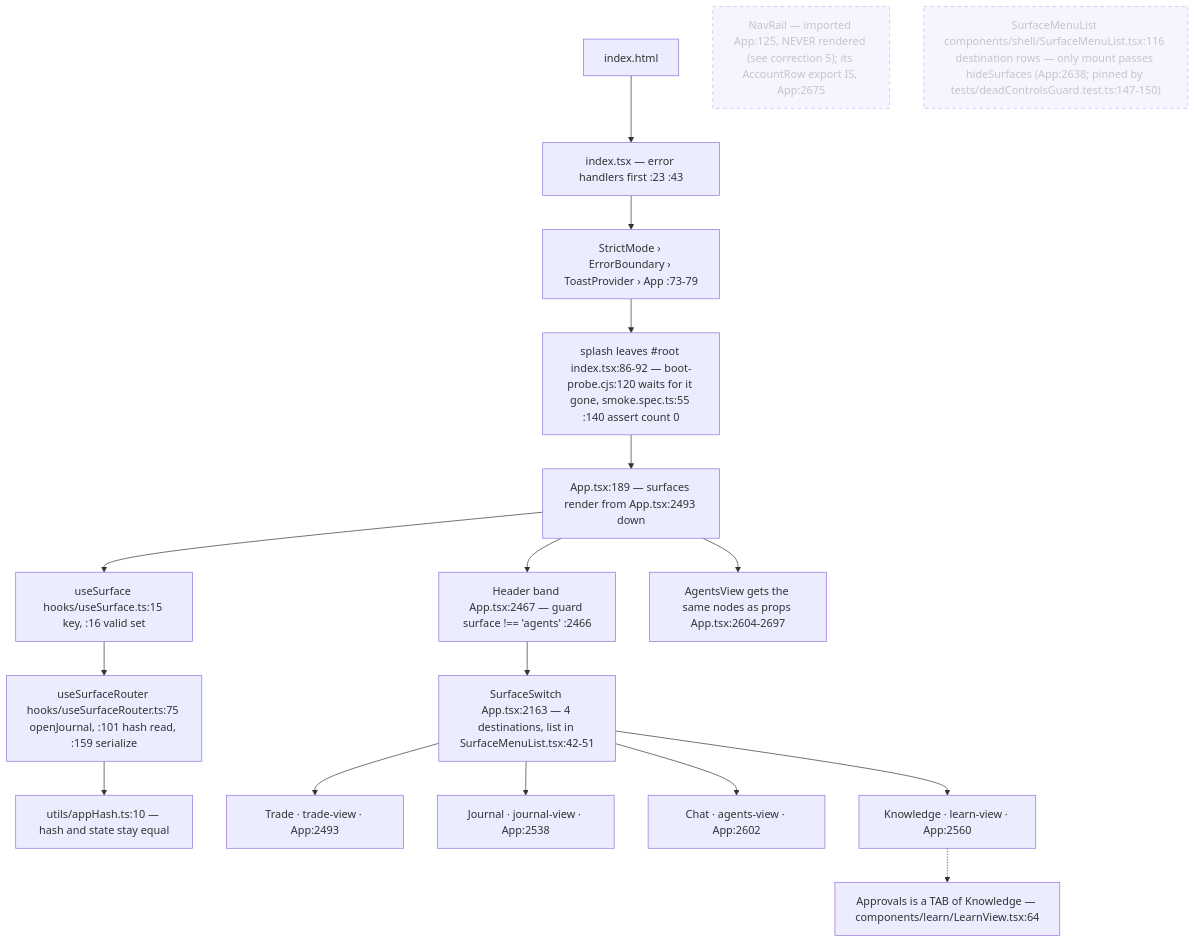
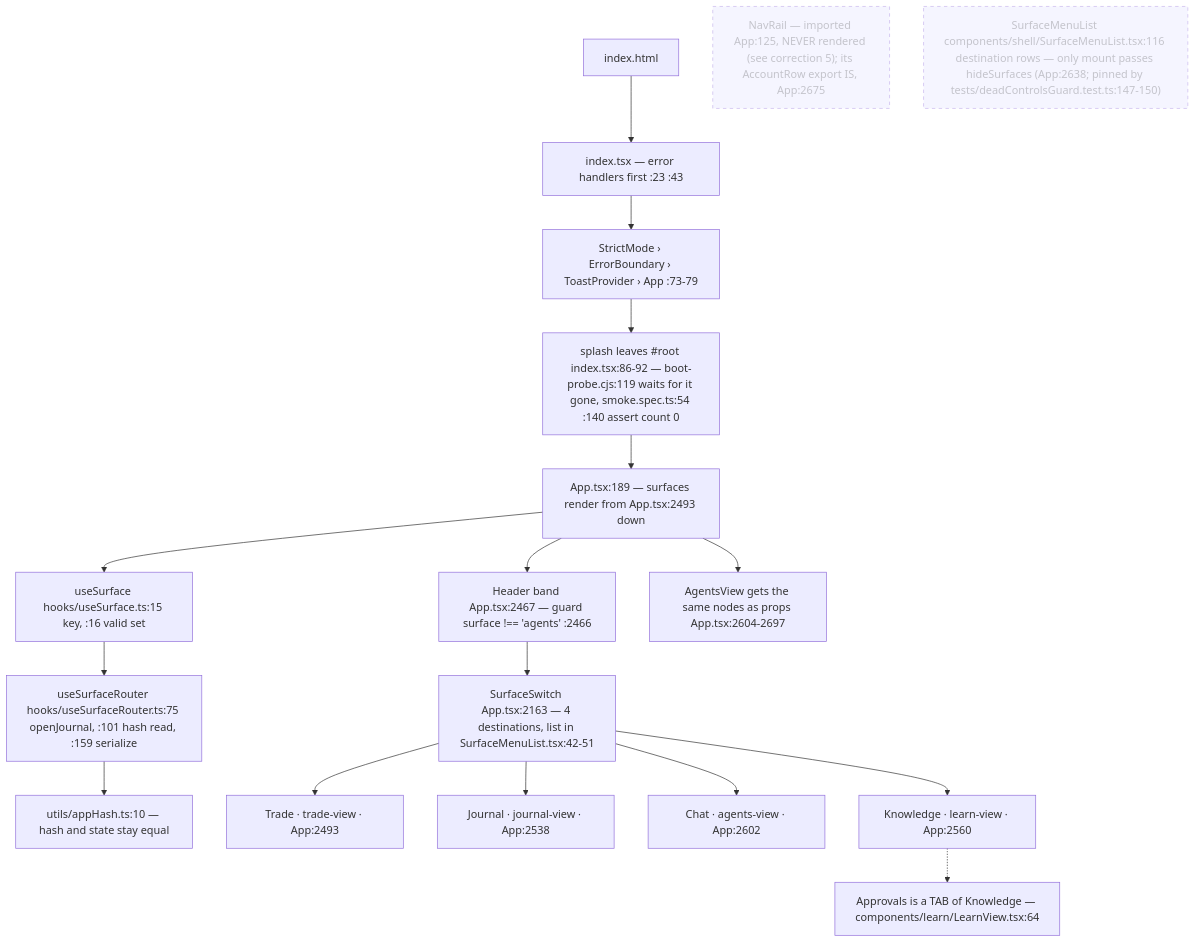
Before and after one commit to Acepay25/august-3.5: the first of 7 diagrams in docs/app-flow.md, drawn with Mermaid. The commit also changed 1 other file, not shown here.

Commit message:
docs(flow): verify the review's last checkable open question, and two of my own anchors were off
The peer review listed "whether e2e/boot-probe actually wait on the splash node" as not
verified. They do — but the doc's citations for it were both wrong, in the exact way the
anchor gate cannot see: boot-probe.cjs:120 is the comment after the wait (the waitForFunction
is :119), and smoke.spec.ts:55 asserts the profile-selection dialog, not the splash (that is
:54, with the second assertion at :140). Both lines are non-blank, so the gate passed them
while the claim they carry was false.

Now confirmed by reading the three lines and by running both probes green on the current tip:
boot-probe OK on the built bundle, e2e 5 passed. This is the same blind spot recorded twice
today — a citation that drifts onto a different non-blank line needs a content check, so the
fix here was to read the code rather than renumber by arithmetic.

````diff
--- a/docs/app-flow.md
+++ b/docs/app-flow.md
@@ -25,21 +25,21 @@
 ```mermaid
 flowchart TD
     H["index.html"] --> I["index.tsx — error handlers first :23 :43"]
     I --> S["StrictMode › ErrorBoundary › ToastProvider › App :73-79"]
-    S --> SP["splash leaves #root index.tsx:86-92 — boot-probe.cjs:120 waits for it gone, smoke.spec.ts:55 :140 assert count 0"]
+    S --> SP["splash leaves #root index.tsx:86-92 — boot-probe.cjs:119 waits for it gone, smoke.spec.ts:54 :140 assert count 0"]
     SP --> APP["App.tsx:189 — surfaces render from App.tsx:2493 down"]
     APP --> US["useSurface hooks/useSurface.ts:15 key, :16 valid set"]
     US --> UR["useSurfaceRouter hooks/useSurfaceRouter.ts:75 openJournal, :101 hash read, :159 serialize"]
     UR --> HASH["utils/appHash.ts:10 — hash and state stay equal"]
     APP --> HD["Header band App.tsx:2467 — guard surface !== 'agents' :2466"]
     HD --> SW["SurfaceSwitch App.tsx:2163 — 4 destinations, list in SurfaceMenuList.tsx:42-51"]
     APP --> AV["AgentsView gets the same nodes as props App.tsx:2604-2697"]
     SW --> T["Trade · trade-view · App:2493"]
     SW --> J["Journal · journal-view · App:2538"]
     SW --> C["Chat · agents-view · App:2602"]
     SW --> K["Knowledge · learn-view · App:2560"]
     K -.-> AP["Approvals is a TAB of Knowledge — components/learn/LearnView.tsx:64"]
     NR["NavRail — imported App:125, NEVER rendered (see correction 5); its AccountRow export IS, App:2675"]:::dead
     SM["SurfaceMenuList components/shell/SurfaceMenuList.tsx:116 destination rows — only mount passes hideSurfaces (App:2638; pinned by tests/deadControlsGuard.test.ts:147-150)"]:::dead
     classDef dead stroke-dasharray: 5 5,opacity:.5
 ```
````
